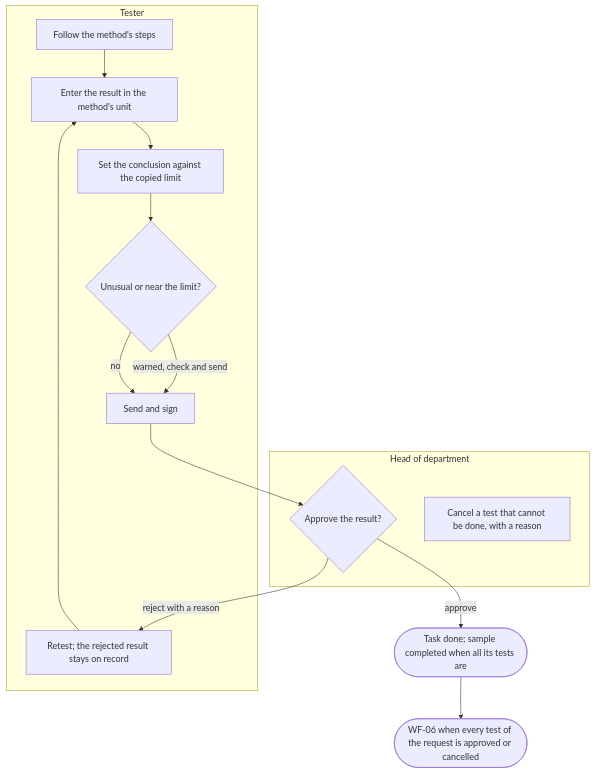
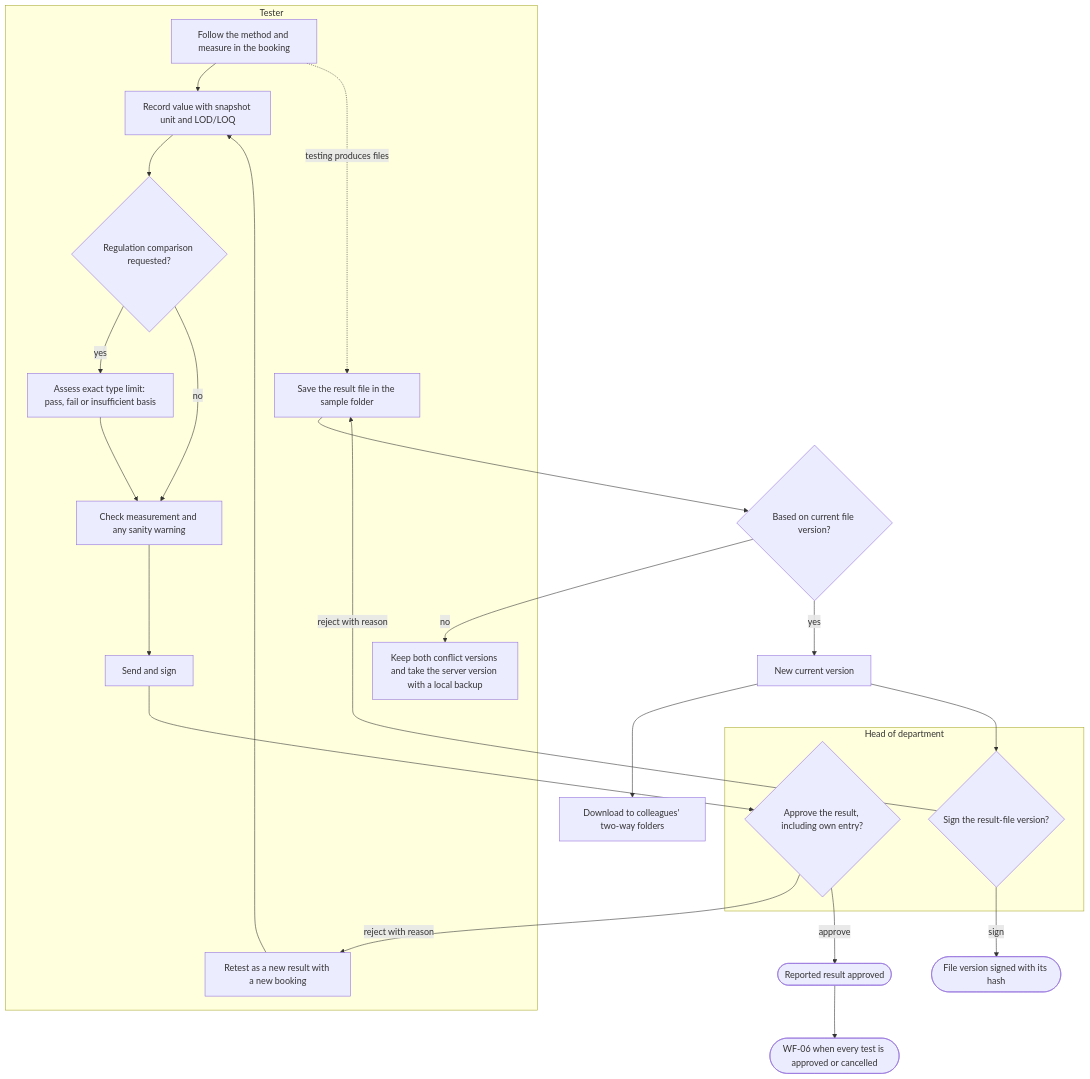
Before and after one commit to SoltuneMontepre/medilab: the fourth of 17 diagrams in docs/functional/business-flows.md, drawn with Mermaid. The commit also changed other lines of this file and 47 other files, not shown here.

````diff
--- a/docs/functional/business-flows.md
+++ b/docs/functional/business-flows.md
@@ -191,19 +189,28 @@
 ```mermaid
 flowchart TD
     subgraph lane10 ["Tester"]
-        t1[Follow the method's steps] --> t2[Enter the result in the method's unit]
-        t2 --> t3[Set the conclusion against the copied limit]
-        t3 --> t4{Unusual or near the limit?}
-        t4 -->|warned, check and send| t5[Send and sign]
-        t4 -->|no| t5
-        t6["Retest; the rejected result stays on record"]
+        t1[Follow the method and measure in the booking] --> t2[Record value with snapshot unit and LOD/LOQ]
+        t2 --> q{Regulation comparison requested?}
+        q -->|yes| t3[Assess exact type limit: pass, fail or insufficient basis]
+        q -->|no| t4[Check measurement and any sanity warning]
+        t3 --> t4 --> t5[Send and sign]
+        t6[Retest as a new result with a new booking]
+        f1[Save the result file in the sample folder]
+        f2[Keep both conflict versions and take the server version with a local backup]
     end
     subgraph lane11 ["Head of department"]
-        h1{Approve the result?}
-        h2[Cancel a test that cannot be done, with a reason]
+        h1{Approve the result, including own entry?}
+        h2{Sign the result-file version?}
     end
+    t1 -.->|testing produces files| f1 --> current{Based on current file version?}
+    current -->|yes| version[New current version]
+    current -->|no| f2
+    version --> others[Download to colleagues' two-way folders]
+    version --> h2
+    h2 -->|reject with reason| f1
+    h2 -->|sign| signedfile([File version signed with its hash])
     t5 --> h1
-    h1 -->|reject with a reason| t6 --> t2
-    h1 -->|approve| done(["Task done; sample completed when all its tests are"])
-    done --> wf06([WF-06 when every test of the request is approved or cancelled])
+    h1 -->|reject with reason| t6 --> t2
+    h1 -->|approve| done([Reported result approved])
+    done --> wf06([WF-06 when every test is approved or cancelled])
 ```
````
